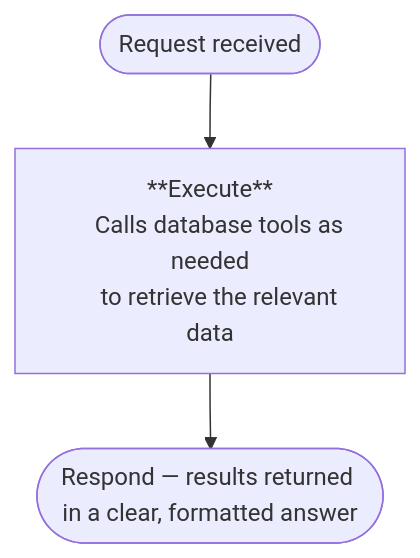
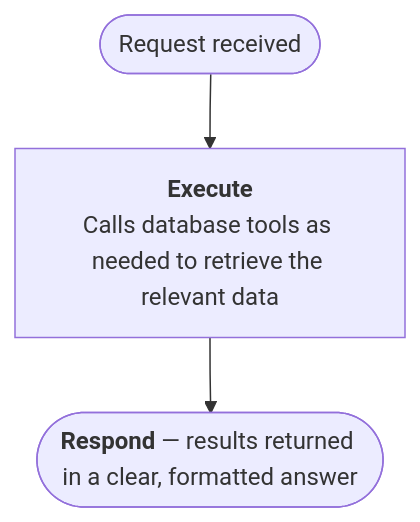
The first of 3 diagrams in site/content/agentic-ai-suite/reasoner/_index.md (arangodb/docs-hugo), drawn with Mermaid before and after one commit. The commit also changed other lines of this file and 4 other files, not shown here.

First line of the commit message:
Nicer Mermaid diagrams

````diff
--- a/site/content/agentic-ai-suite/reasoner/_index.md
+++ b/site/content/agentic-ai-suite/reasoner/_index.md
@@ -49,7 +49,6 @@
 ```mermaid
 flowchart TD
-    A([Request received]) --> B["**Execute**
-    Calls database tools as needed
-    to retrieve the relevant data"]
-    B --> C([Respond — results returned in a clear, formatted answer])
+    A([Request received]) --> B["`**Execute**
+      Calls database tools as needed to retrieve the relevant data`"]
+    B --> C(["`**Respond** — results returned in a clear, formatted answer`"])
 ```
````
